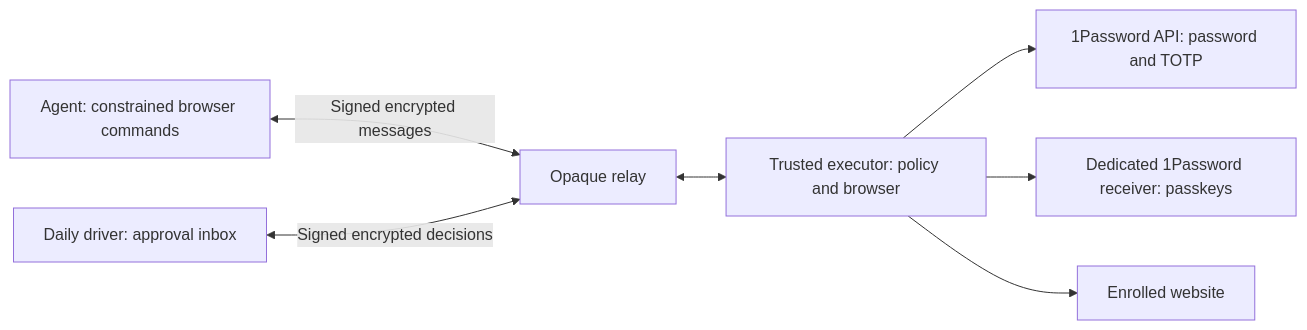
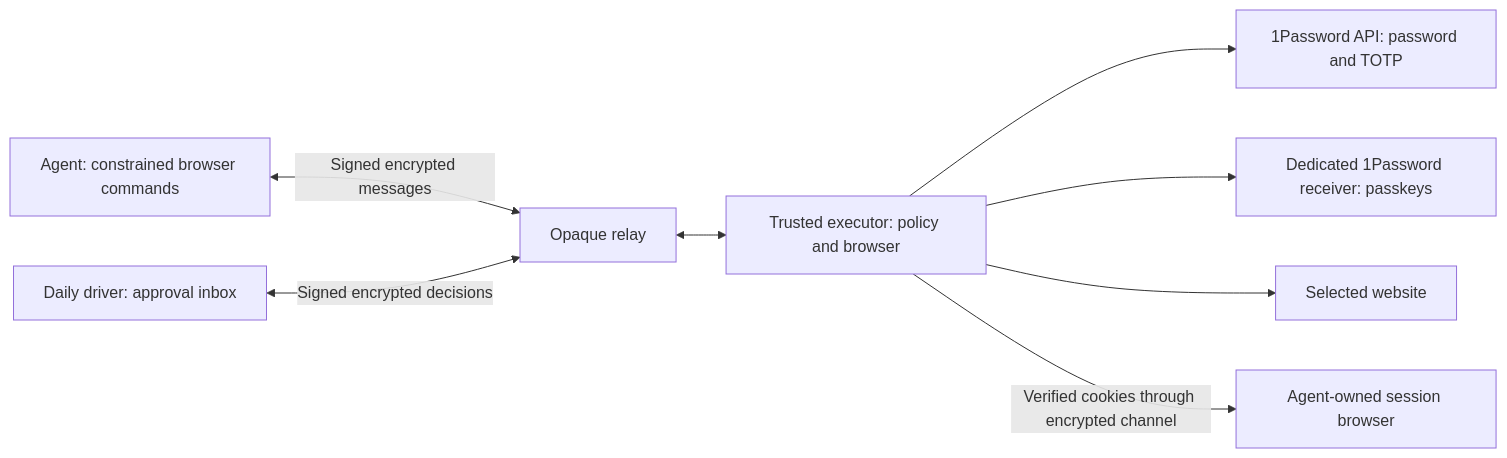
The diagram in docs/authentication.md (tobzey/chromesync-relay), drawn with Mermaid before and after one commit. The commit also changed other lines of this file and 26 other files, not shown here.

````diff
--- a/docs/authentication.md
+++ b/docs/authentication.md
@@ -20,9 +22,10 @@
 ```mermaid
 flowchart LR
     A[Agent: constrained browser commands] <-->|Signed encrypted messages| R[Opaque relay]
     D[Daily driver: approval inbox] <-->|Signed encrypted decisions| R
     R <--> E[Trusted executor: policy and browser]
     E --> P[1Password API: password and TOTP]
     E --> K[Dedicated 1Password receiver: passkeys]
-    E --> S[Enrolled website]
+    E --> S[Selected website]
+    E -->|Verified cookies through encrypted channel| B[Agent-owned session browser]
 ```
````
